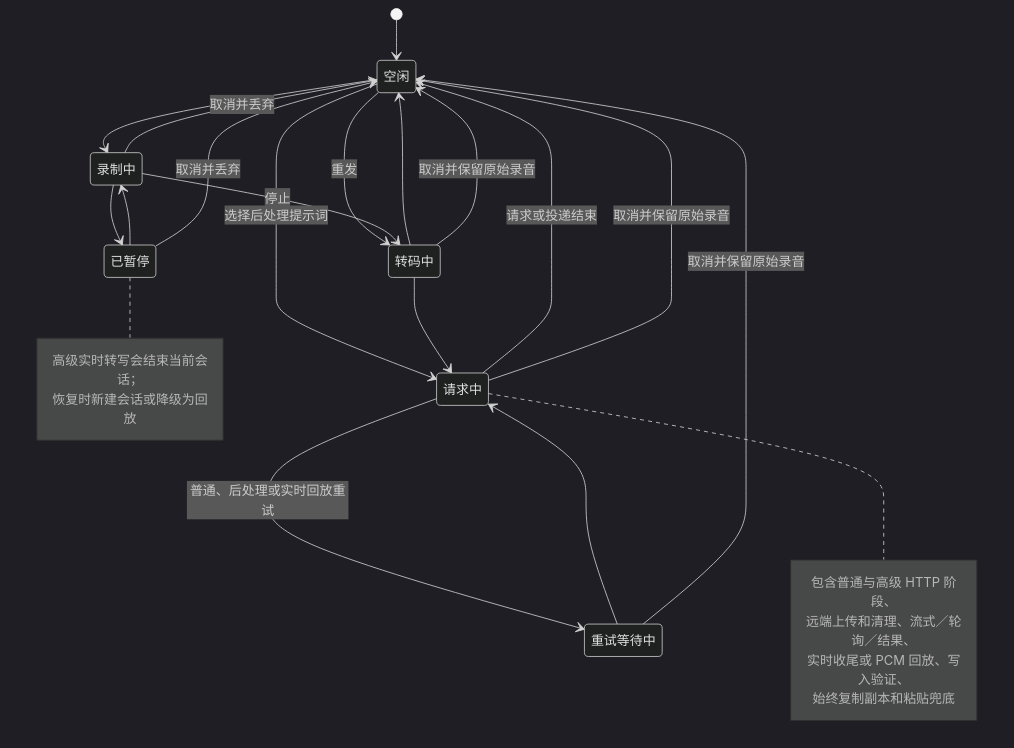
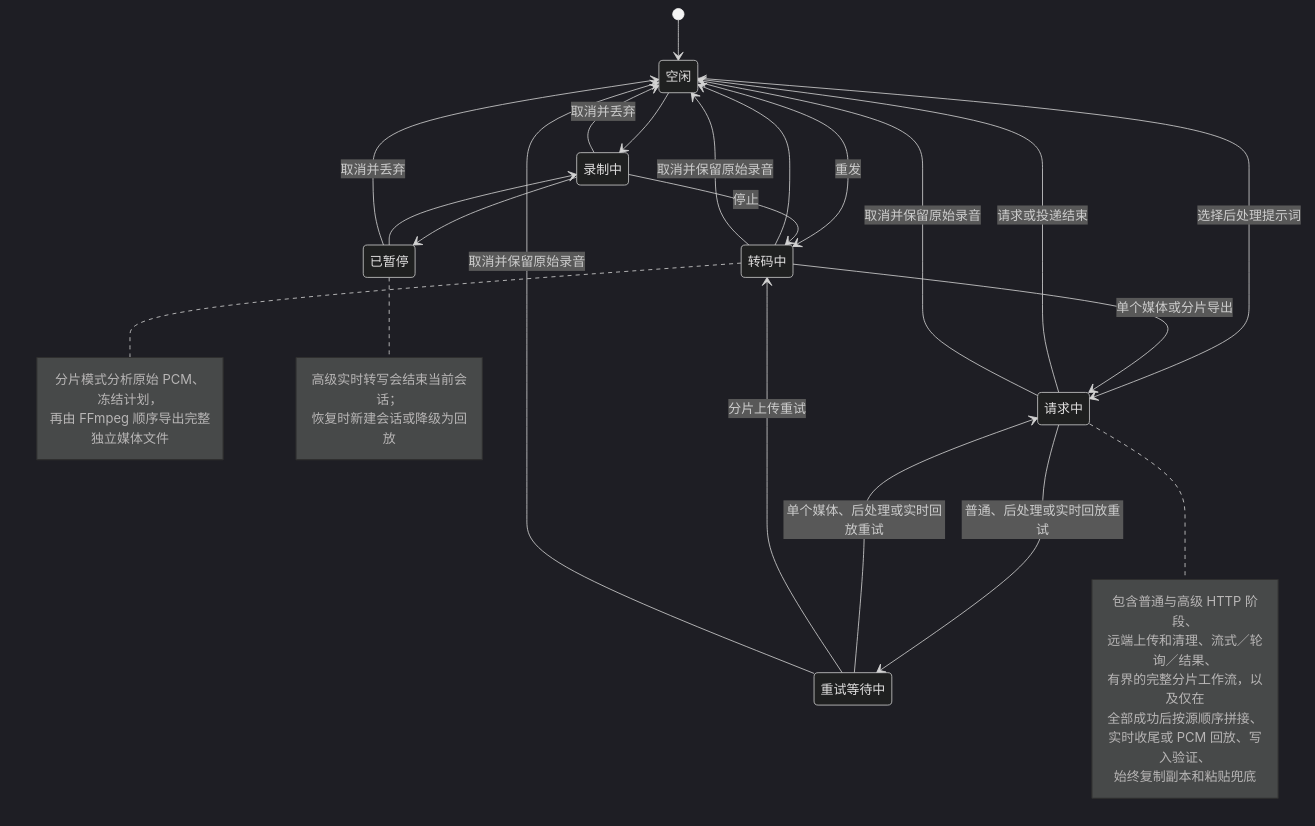
Before and after one commit to Joey-Kot/Dictate: the third of 3 diagrams in README_ZH.md, drawn with Mermaid (dark theme). The commit also changed other lines of this file and 52 other files, not shown here.

````diff
--- a/README_ZH.md
+++ b/README_ZH.md
@@ -196,30 +229,37 @@
 ```mermaid
 stateDiagram-v2
   [*] --> 空闲
   空闲 --> 录制中
   空闲 --> 转码中: 重发
   空闲 --> 请求中: 选择后处理提示词
   录制中 --> 已暂停
   已暂停 --> 录制中
   录制中 --> 转码中: 停止
-  转码中 --> 请求中
+  转码中 --> 请求中: 单个媒体或分片导出
   请求中 --> 重试等待中: 普通、后处理或实时回放重试
-  重试等待中 --> 请求中
+  重试等待中 --> 请求中: 单个媒体、后处理或实时回放重试
+  重试等待中 --> 转码中: 分片上传重试
   请求中 --> 空闲: 请求或投递结束
   转码中 --> 空闲
   录制中 --> 空闲: 取消并丢弃
   已暂停 --> 空闲: 取消并丢弃
   转码中 --> 空闲: 取消并保留原始录音
   请求中 --> 空闲: 取消并保留原始录音
   重试等待中 --> 空闲: 取消并保留原始录音
   note right of 请求中
     包含普通与高级 HTTP 阶段、
     远端上传和清理、流式／轮询／结果、
+    有界的完整分片工作流，以及仅在
+    全部成功后按源顺序拼接、
     实时收尾或 PCM 回放、写入验证、
     始终复制副本和粘贴兜底
+  end note
+  note right of 转码中
+    分片模式分析原始 PCM、冻结计划，
+    再由 FFmpeg 顺序导出完整独立媒体文件
   end note
   note right of 已暂停
     高级实时转写会结束当前会话；
     恢复时新建会话或降级为回放
   end note
 ```
````
